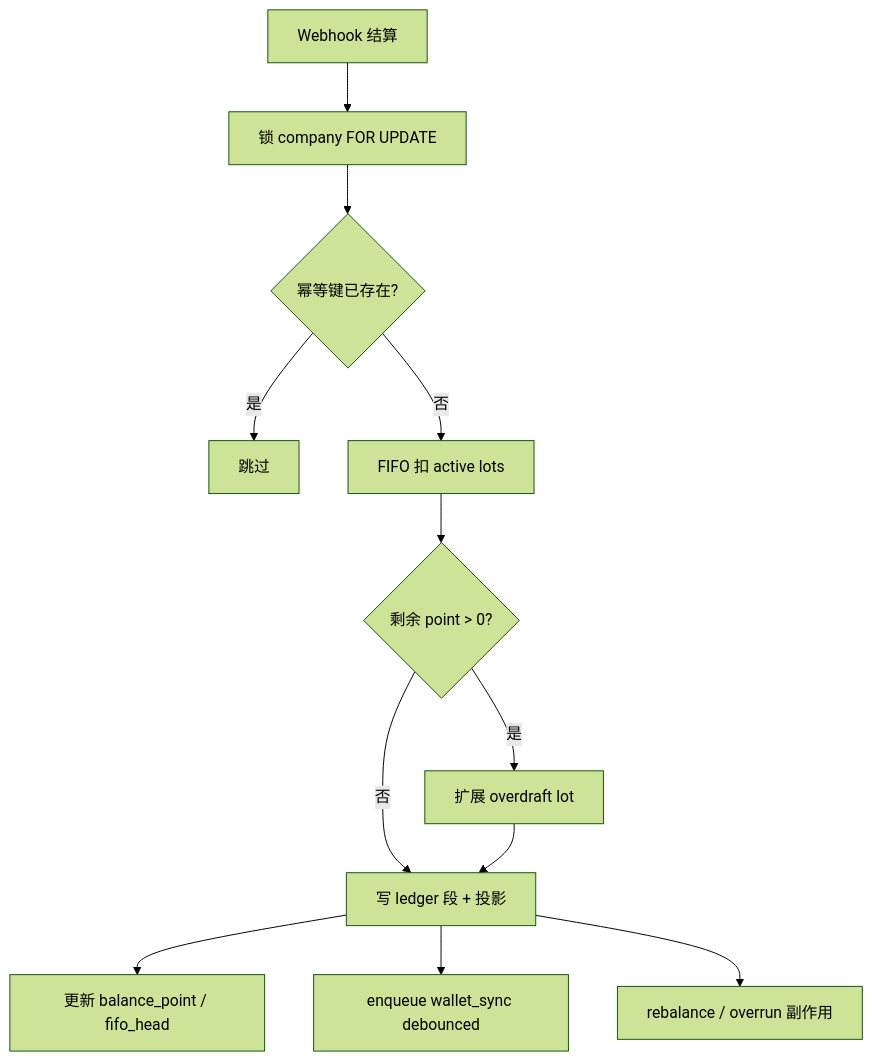
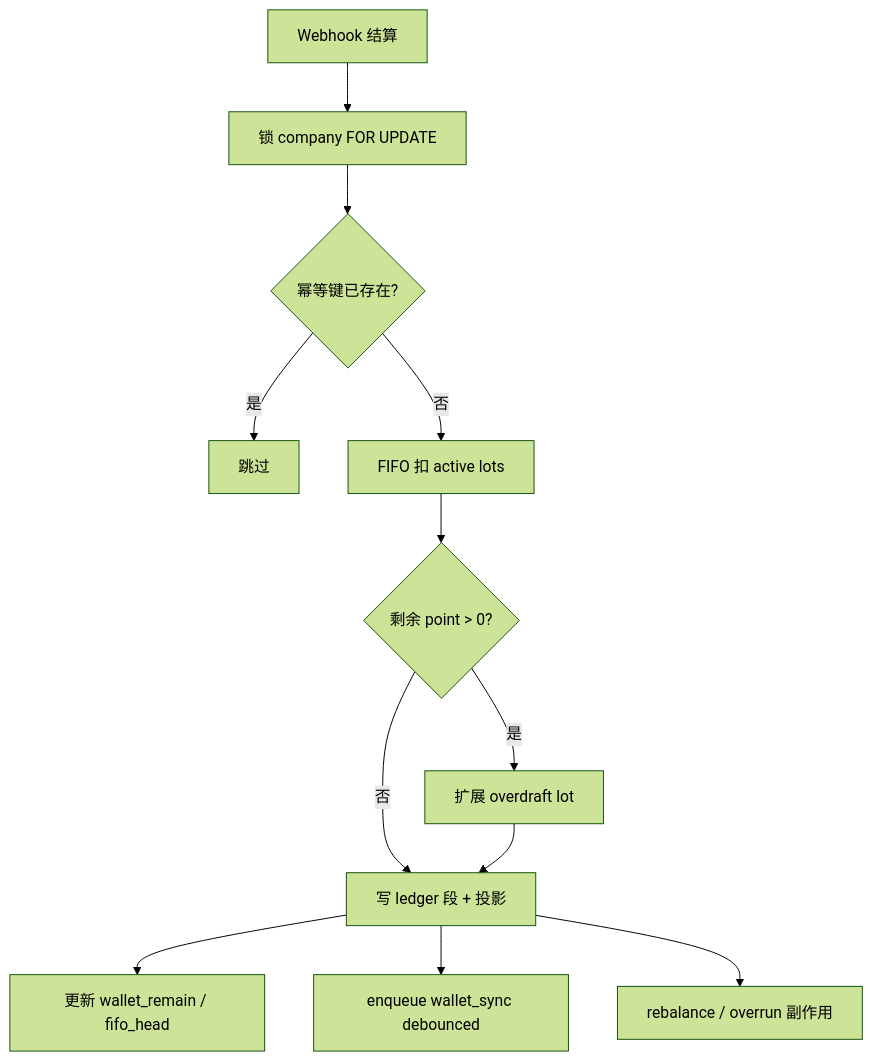
The fifth of 7 diagrams in docs/Backend-计费模式.md (quyip8818/mytokenjoy), drawn with Mermaid (forest theme) before and after one commit. The commit also changed other lines of this file and 12 other files, not shown here.

````diff
--- a/docs/Backend-计费模式.md
+++ b/docs/Backend-计费模式.md
@@ -222,14 +224,14 @@
 ```mermaid
 flowchart TD
     A[Webhook 结算] --> B[锁 company FOR UPDATE]
     B --> C{幂等键已存在?}
     C -->|是| Z[跳过]
     C -->|否| D[FIFO 扣 active lots]
     D --> E{剩余 point > 0?}
     E -->|否| F[写 ledger 段 + 投影]
     E -->|是| G[扩展 overdraft lot]
     G --> F
-    F --> H[更新 balance_point / fifo_head]
+    F --> H[更新 wallet_remain / fifo_head]
     F --> I[enqueue wallet_sync debounced]
     F --> J[rebalance / overrun 副作用]
 ```
````
